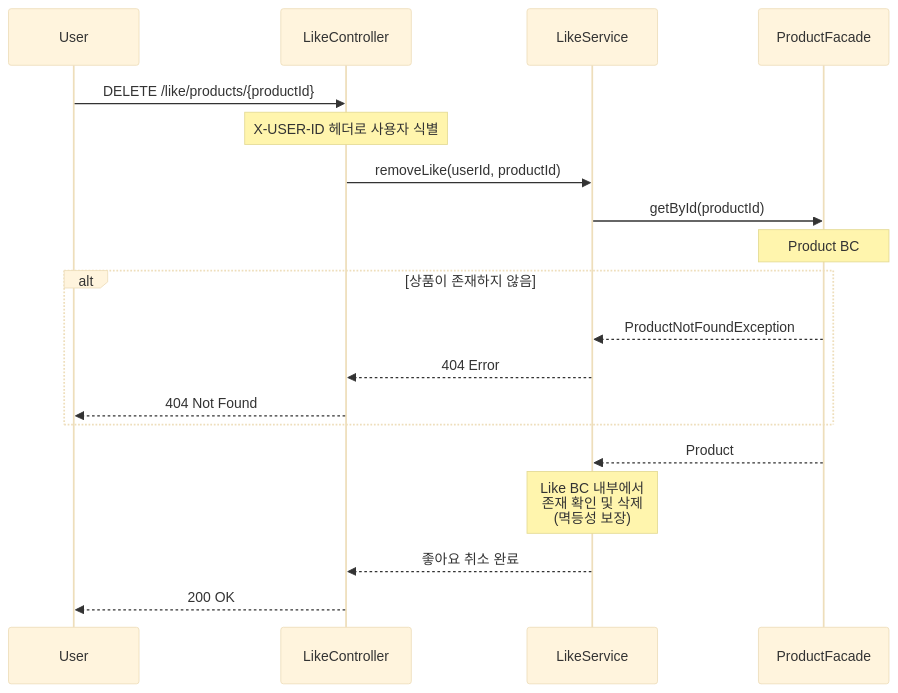
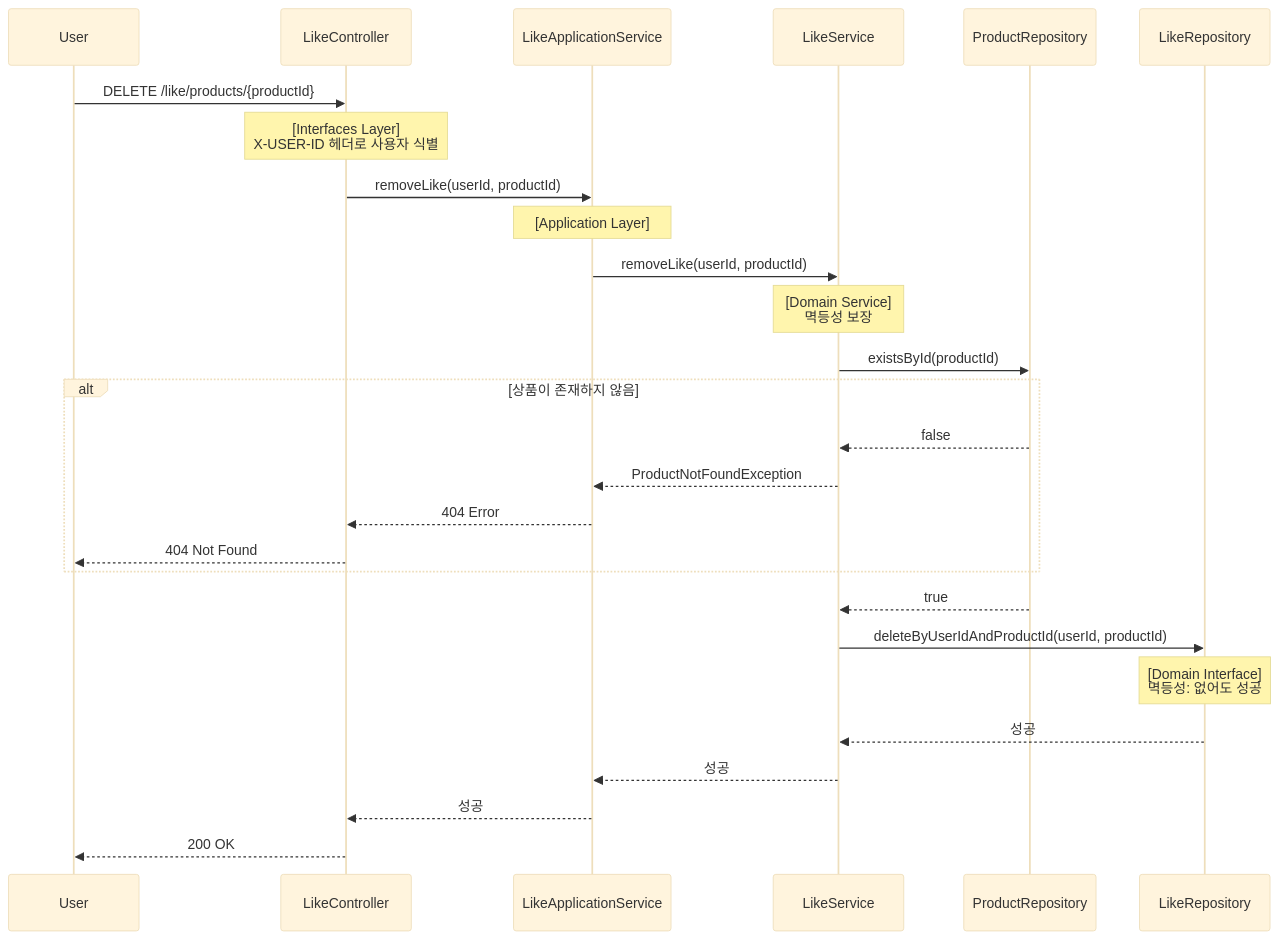
One commit to ghojeong/loopers-spring-kotlin-template changed the third of 5 diagrams in .docs/round2/2-sequence-diagrams.md. Above: the diagram before and after it, drawn with Mermaid (base theme). The commit also changed other lines of this file and 3 other files, not shown here.

````diff
--- a/.docs/round2/2-sequence-diagrams.md
+++ b/.docs/round2/2-sequence-diagrams.md
@@ -88,27 +136,35 @@
 ```mermaid
 sequenceDiagram
     participant User
     participant LikeController
+    participant LikeApplicationService
     participant LikeService
-    participant ProductFacade
+    participant ProductRepository
+    participant LikeRepository
 
     User->>LikeController: DELETE /like/products/{productId}
-    Note over LikeController: X-USER-ID 헤더로 사용자 식별
+    Note over LikeController: [Interfaces Layer]<br/>X-USER-ID 헤더로 사용자 식별
 
-    LikeController->>LikeService: removeLike(userId, productId)
+    LikeController->>LikeApplicationService: removeLike(userId, productId)
+    Note over LikeApplicationService: [Application Layer]
 
-    LikeService->>ProductFacade: getById(productId)
-    Note over ProductFacade: Product BC
+    LikeApplicationService->>LikeService: removeLike(userId, productId)
+    Note over LikeService: [Domain Service]<br/>멱등성 보장
+
+    LikeService->>ProductRepository: existsById(productId)
     alt 상품이 존재하지 않음
-        ProductFacade-->>LikeService: ProductNotFoundException
-        LikeService-->>LikeController: 404 Error
+        ProductRepository-->>LikeService: false
+        LikeService-->>LikeApplicationService: ProductNotFoundException
+        LikeApplicationService-->>LikeController: 404 Error
         LikeController-->>User: 404 Not Found
     end
+    ProductRepository-->>LikeService: true
 
-    ProductFacade-->>LikeService: Product
+    LikeService->>LikeRepository: deleteByUserIdAndProductId(userId, productId)
+    Note over LikeRepository: [Domain Interface]<br/>멱등성: 없어도 성공
 
-    Note over LikeService: Like BC 내부에서<br/>존재 확인 및 삭제<br/>(멱등성 보장)
-
-    LikeService-->>LikeController: 좋아요 취소 완료
+    LikeRepository-->>LikeService: 성공
+    LikeService-->>LikeApplicationService: 성공
+    LikeApplicationService-->>LikeController: 성공
     LikeController-->>User: 200 OK
 ```
````
